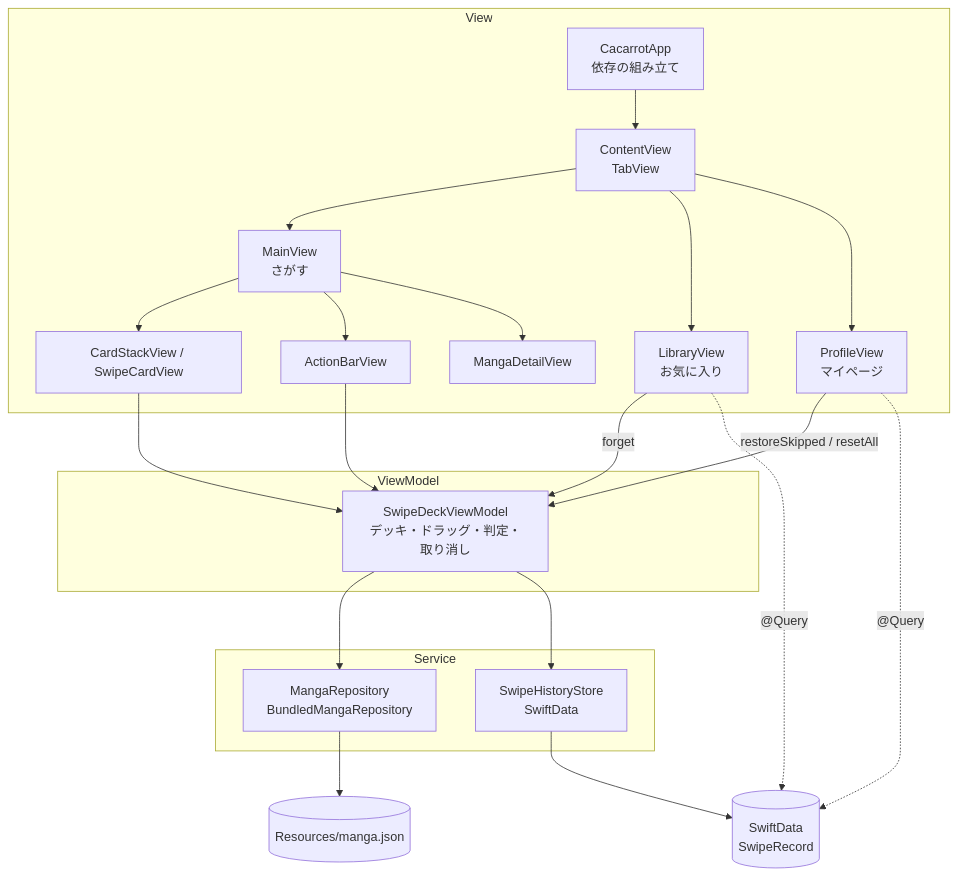
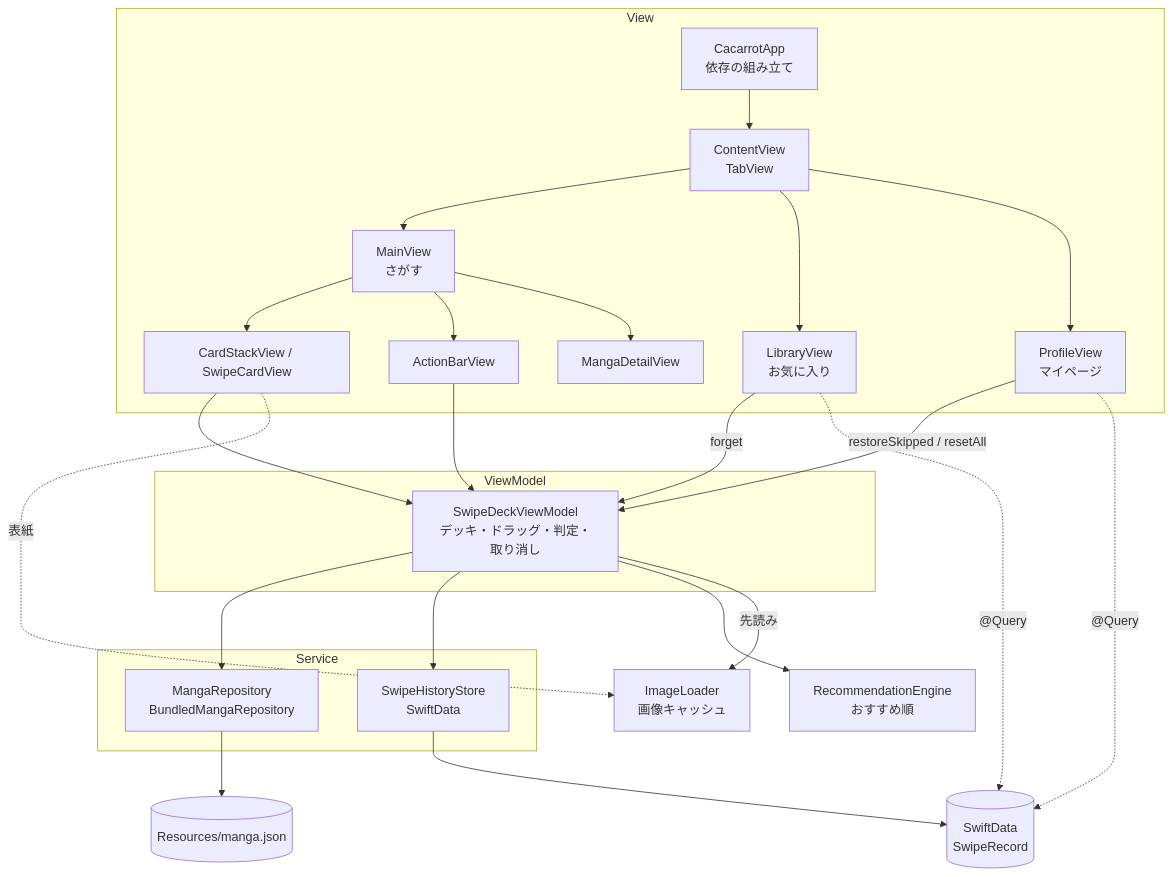
The first of 2 diagrams in docs/architecture.md (carrot-99/Cacarrot), drawn with Mermaid before and after one commit. The commit also changed other lines of this file and 9 other files, not shown here.

First line of the commit message:
Add cover image cache, prefetch, and recommendation order

````diff
--- a/docs/architecture.md
+++ b/docs/architecture.md
@@ -11,34 +11,37 @@
 ```mermaid
 flowchart TD
     subgraph View
         APP[CacarrotApp<br/>依存の組み立て]
         CV[ContentView<br/>TabView]
         MV[MainView<br/>さがす]
         LV[LibraryView<br/>お気に入り]
         PV[ProfileView<br/>マイページ]
         CS[CardStackView / SwipeCardView]
         AB[ActionBarView]
         DV[MangaDetailView]
     end
     subgraph ViewModel
         VM[SwipeDeckViewModel<br/>デッキ・ドラッグ・判定・取り消し]
     end
     subgraph Service
         REPO[MangaRepository<br/>BundledMangaRepository]
         STORE[SwipeHistoryStore<br/>SwiftData]
     end
 
     APP --> CV
     CV --> MV & LV & PV
     MV --> CS & AB & DV
     CS --> VM
     AB --> VM
     LV -- forget --> VM
     PV -- restoreSkipped / resetAll --> VM
     LV -. "@Query" .-> DB
     PV -. "@Query" .-> DB
     VM --> REPO
     VM --> STORE
+    VM --> REC[RecommendationEngine<br/>おすすめ順]
+    VM -- 先読み --> IMG[ImageLoader<br/>画像キャッシュ]
+    CS -. 表紙 .-> IMG
     REPO --> JSON[(Resources/manga.json)]
     STORE --> DB[(SwiftData<br/>SwipeRecord)]
 ```
````
